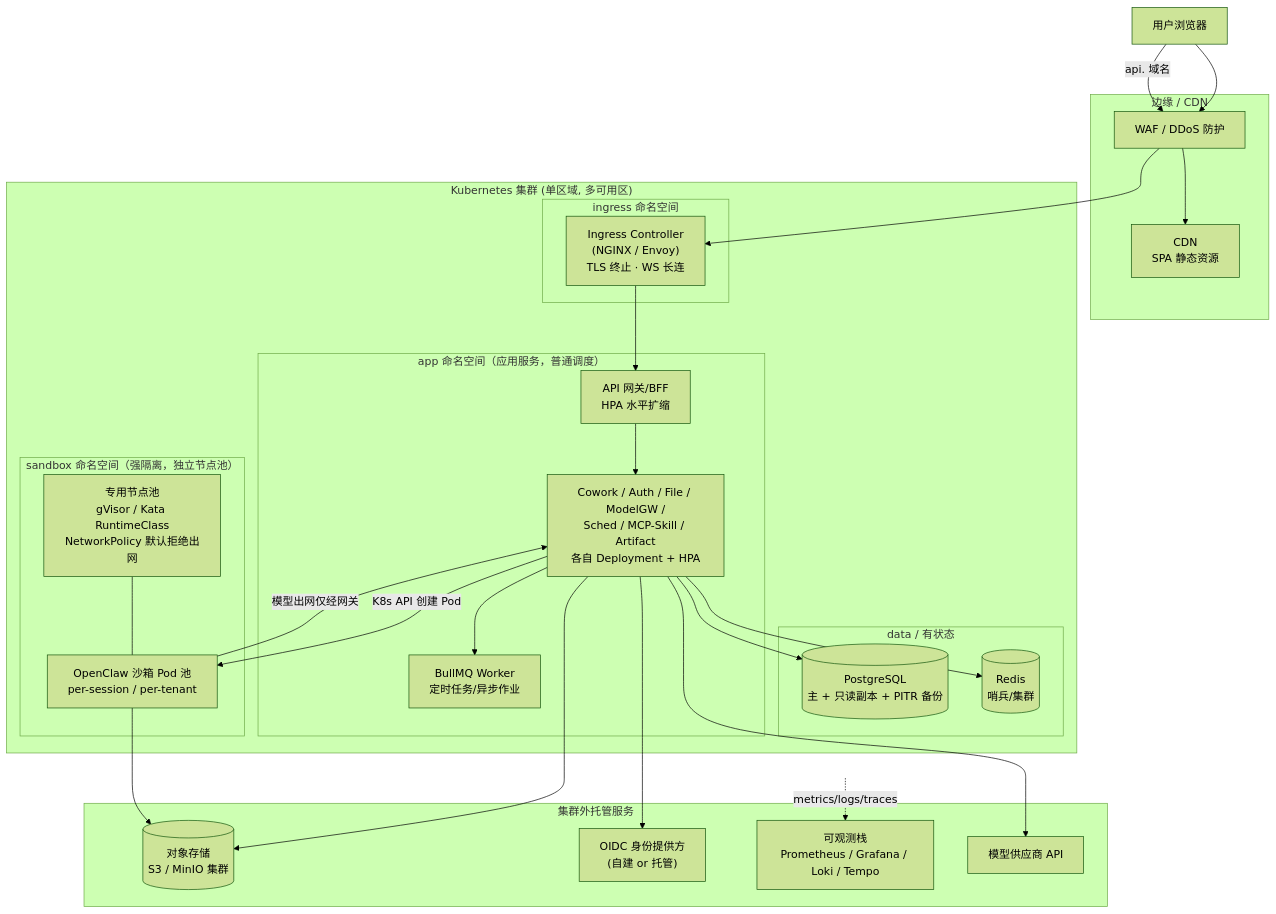
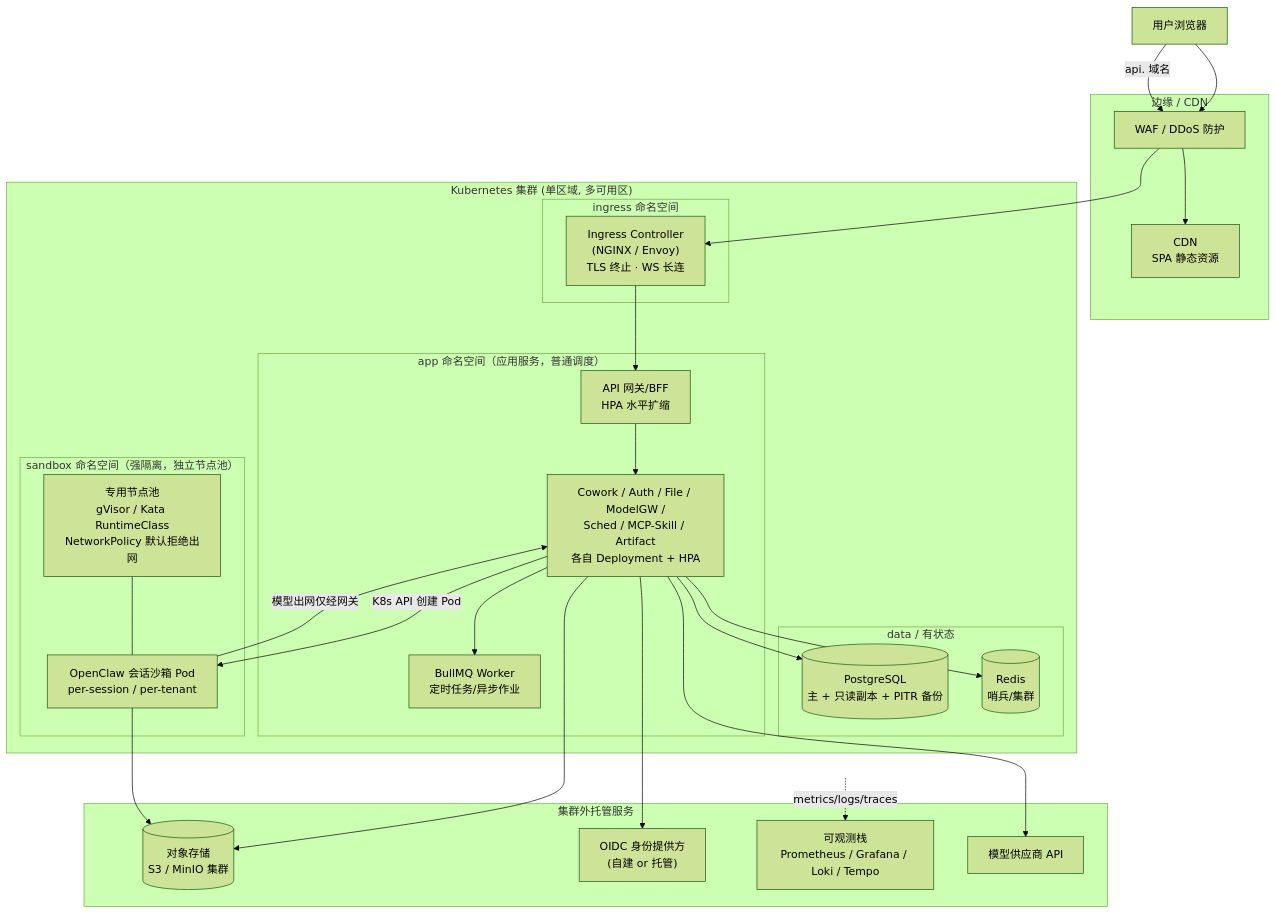
The second of 4 diagrams in 改造计划/02-目标架构与技术选型.md (edward-ng-duke/LobsterAI), drawn with Mermaid (forest theme) before and after one commit. The commit also changed other lines of this file and 22 other files, not shown here.

````diff
--- a/改造计划/02-目标架构与技术选型.md
+++ b/改造计划/02-目标架构与技术选型.md
@@ -137,54 +149,54 @@
 ```mermaid
 flowchart TB
   User["用户浏览器"]
 
   subgraph CDNEdge["边缘 / CDN"]
     CDNNode["CDN<br/>SPA 静态资源"]
     WAF["WAF / DDoS 防护"]
   end
 
   subgraph K8s["Kubernetes 集群 (单区域, 多可用区)"]
     subgraph IngressNS["ingress 命名空间"]
       Ingress["Ingress Controller<br/>(NGINX / Envoy)<br/>TLS 终止 · WS 长连"]
     end
 
     subgraph AppNS["app 命名空间（应用服务，普通调度）"]
       GWDeploy["API 网关/BFF<br/>HPA 水平扩缩"]
       SvcDeploy["Cowork / Auth / File / ModelGW /<br/>Sched / MCP-Skill / Artifact<br/>各自 Deployment + HPA"]
       Worker["BullMQ Worker<br/>定时任务/异步作业"]
     end
 
     subgraph SandboxNS["sandbox 命名空间（强隔离，独立节点池）"]
       NodePool["专用节点池<br/>gVisor / Kata RuntimeClass<br/>NetworkPolicy 默认拒绝出网"]
-      Pods["OpenClaw 沙箱 Pod 池<br/>per-session / per-tenant"]
+      Pods["OpenClaw 会话沙箱 Pod<br/>per-session / per-tenant"]
       NodePool --- Pods
     end
 
     subgraph DataNS["data / 有状态"]
       PGCluster[("PostgreSQL<br/>主 + 只读副本 + PITR 备份")]
       RedisCluster[("Redis<br/>哨兵/集群")]
     end
   end
 
   subgraph External["集群外托管服务"]
     ObjStore[("对象存储<br/>S3 / MinIO 集群")]
     IdP["OIDC 身份提供方<br/>(自建 or 托管)"]
     Obs["可观测栈<br/>Prometheus / Grafana / Loki / Tempo"]
     LLMProv["模型供应商 API"]
   end
 
   User --> WAF --> CDNNode
   User -->|api. 域名| WAF --> Ingress
   Ingress --> GWDeploy
   GWDeploy --> SvcDeploy
   SvcDeploy --> Worker
   SvcDeploy -->|K8s API 创建 Pod| Pods
   SvcDeploy --> PGCluster
   SvcDeploy --> RedisCluster
   SvcDeploy --> ObjStore
   SvcDeploy --> IdP
   Pods --> ObjStore
   Pods -->|模型出网仅经网关| SvcDeploy
   SvcDeploy --> LLMProv
   K8s -.metrics/logs/traces.-> Obs
 ```
````
